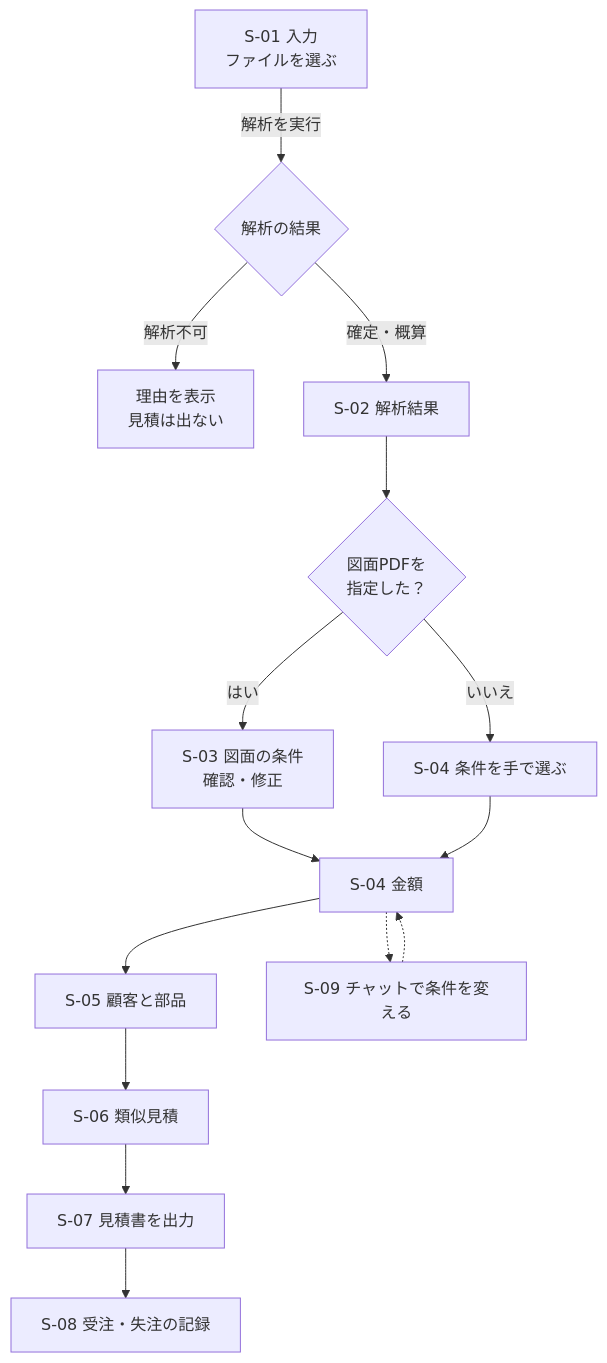
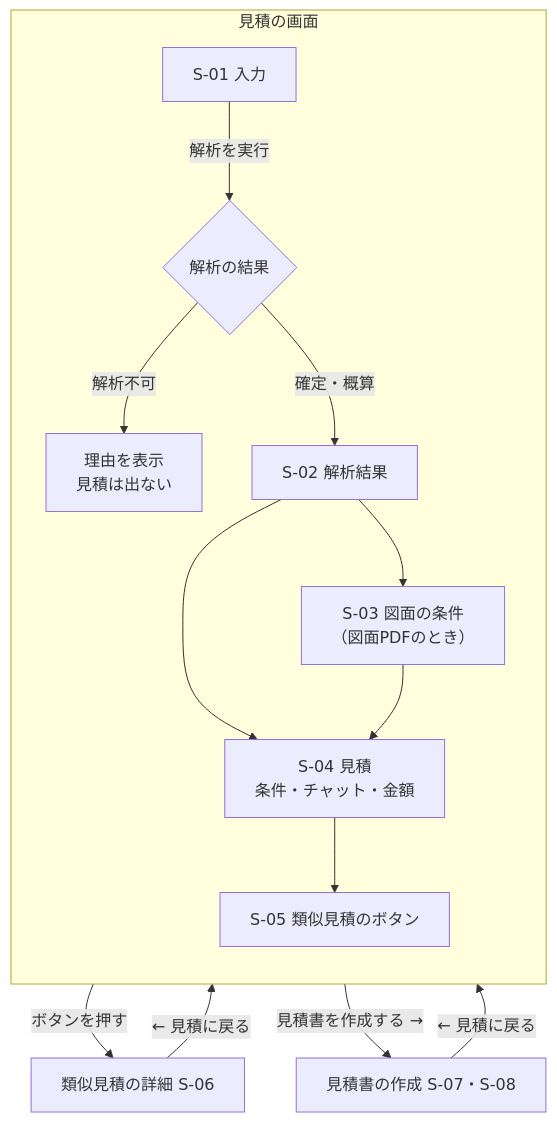
Before and after one commit to 1975020t/step_analysis_for_automatic-estimate: the diagram in docs/03_画面設計書.md, drawn with Mermaid. The commit also changed other lines of this file and 67 other files, not shown here.

````diff
--- a/docs/03_画面設計書.md
+++ b/docs/03_画面設計書.md
@@ -29,17 +28,17 @@
 ```mermaid 図 画面の移り変わり
 flowchart TD
-  A[S-01 入力<br/>ファイルを選ぶ] -->|解析を実行| B{解析の結果}
-  B -->|解析不可| E[理由を表示<br/>見積は出ない]
-  B -->|確定・概算| C[S-02 解析結果]
-  C --> P{図面PDFを<br/>指定した？}
-  P -->|はい| D[S-03 図面の条件<br/>確認・修正]
-  P -->|いいえ| Q[S-04 条件を手で選ぶ]
-  D --> R[S-04 金額]
-  Q --> R
-  R --> K[S-05 顧客と部品]
-  K --> S[S-06 類似見積]
-  S --> O[S-07 見積書を出力]
-  O --> W[S-08 受注・失注の記録]
-  R -.-> CH[S-09 チャットで条件を変える]
-  CH -.-> R
+  subgraph E[見積の画面]
+    direction TB
+    A[S-01 入力] -->|解析を実行| B{解析の結果}
+    B -->|解析不可| X[理由を表示<br/>見積は出ない]
+    B -->|確定・概算| C[S-02 解析結果]
+    C --> D[S-03 図面の条件<br/>（図面PDFのとき）]
+    C --> Q[S-04 見積<br/>条件・チャット・金額]
+    D --> Q
+    Q --> S[S-05 類似見積のボタン]
+  end
+  S -->|ボタンを押す| SD[類似見積の詳細 S-06]
+  Q -->|見積書を作成する →| DOC[見積書の作成 S-07・S-08]
+  SD -->|← 見積に戻る| Q
+  DOC -->|← 見積に戻る| Q
 ```
````
